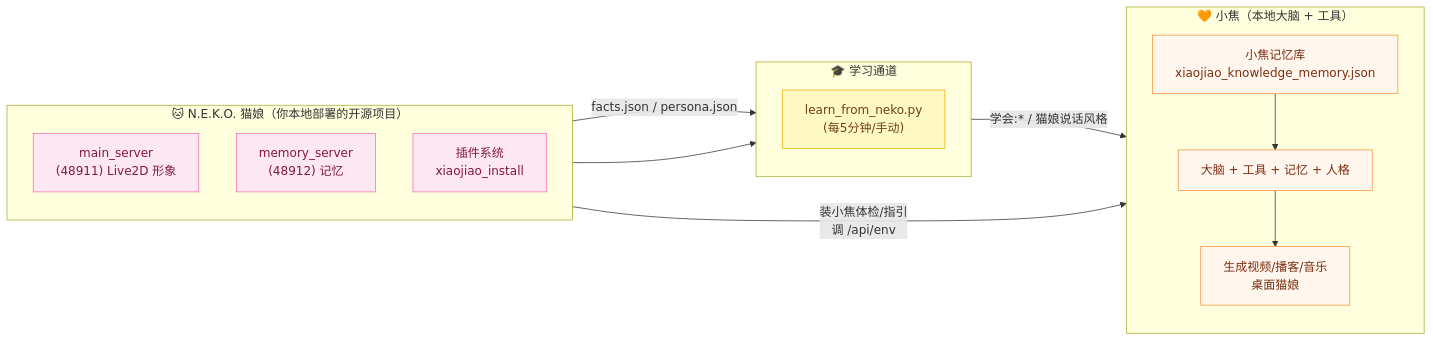
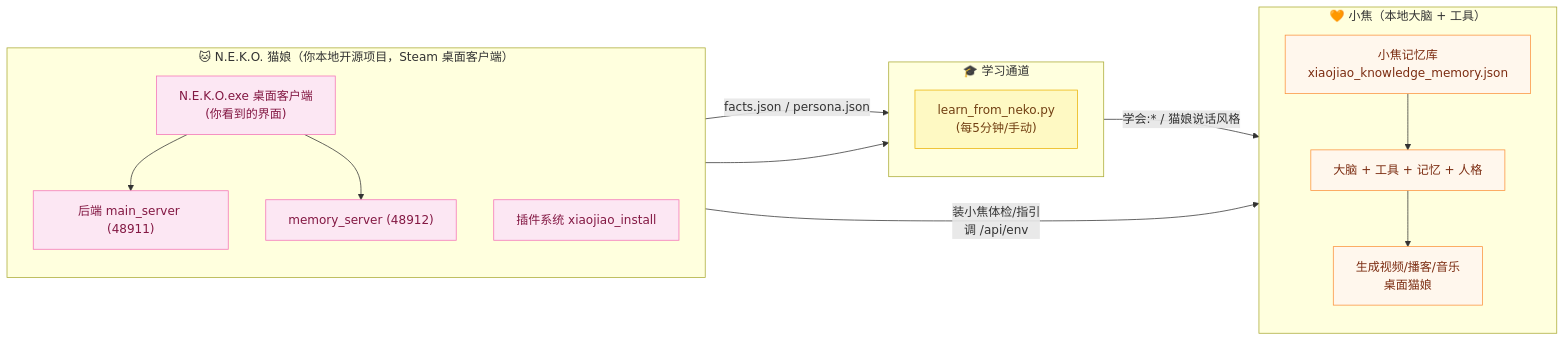
The eighth of 8 diagrams in README.md (jiangchuangege/xiaojiao-harness), drawn with Mermaid before and after one commit. The commit also changed other lines of this file, not shown here.

Commit message:
fix: N.E.K.O. entry is Steam desktop client (N.E.K.O.exe), not web 48911; auto-detect+launch client; docs corrected

````diff
--- a/README.md
+++ b/README.md
@@ -793,35 +793,37 @@
 ```mermaid
 flowchart LR
-    subgraph NEKO["🐱 N.E.K.O. 猫娘（你本地部署的开源项目）"]
+    subgraph NEKO["🐱 N.E.K.O. 猫娘（你本地开源项目，Steam 桌面客户端）"]
         direction TB
-        MS["main_server<br/>(48911) Live2D 形象"]
-        MEM["memory_server<br/>(48912) 记忆"]
-        PLUG["插件系统<br/>xiaojiao_install"]
+        APP["N.E.K.O.exe 桌面客户端<br/>(你看到的界面)"]
+        MS["后端 main_server (48911)"]
+        MEM["memory_server (48912)"]
+        PLUG["插件系统 xiaojiao_install"]
+        APP --> MS & MEM
     end
 
     subgraph LEARN["🎓 学习通道"]
         direction TB
         LF["learn_from_neko.py<br/>(每5分钟/手动)"]
     end
 
     subgraph XJ["🧡 小焦（本地大脑 + 工具）"]
         direction TB
         KNOW["小焦记忆库<br/>xiaojiao_knowledge_memory.json"]
         BRAIN["大脑 + 工具 + 记忆 + 人格"]
         GEN["生成视频/播客/音乐<br/>桌面猫娘"]
     end
 
     MS -->|"facts.json / persona.json"| LF
     MEM --> LF
     LF -->|"学会:* / 猫娘说话风格"| KNOW
     KNOW --> BRAIN
     BRAIN --> GEN
     PLUG -->|"装小焦体检/指引<br/>调 /api/env"| BRAIN
 
     classDef neko fill:#fce7f3,stroke:#f472b6,color:#831843;
     classDef lrn fill:#fef9c3,stroke:#eab308,color:#713f12;
     classDef xj fill:#fff7ed,stroke:#fb923c,color:#7c2d12;
-    class MS,MEM,PLUG neko;
+    class APP,MS,MEM,PLUG neko;
     class LF lrn;
     class KNOW,BRAIN,GEN xj;
 ```
````
